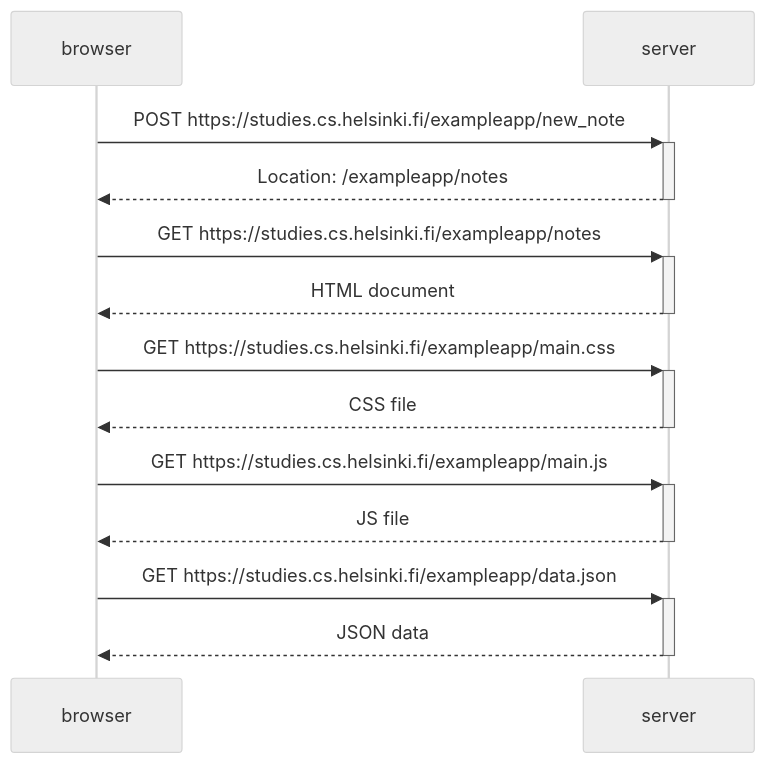
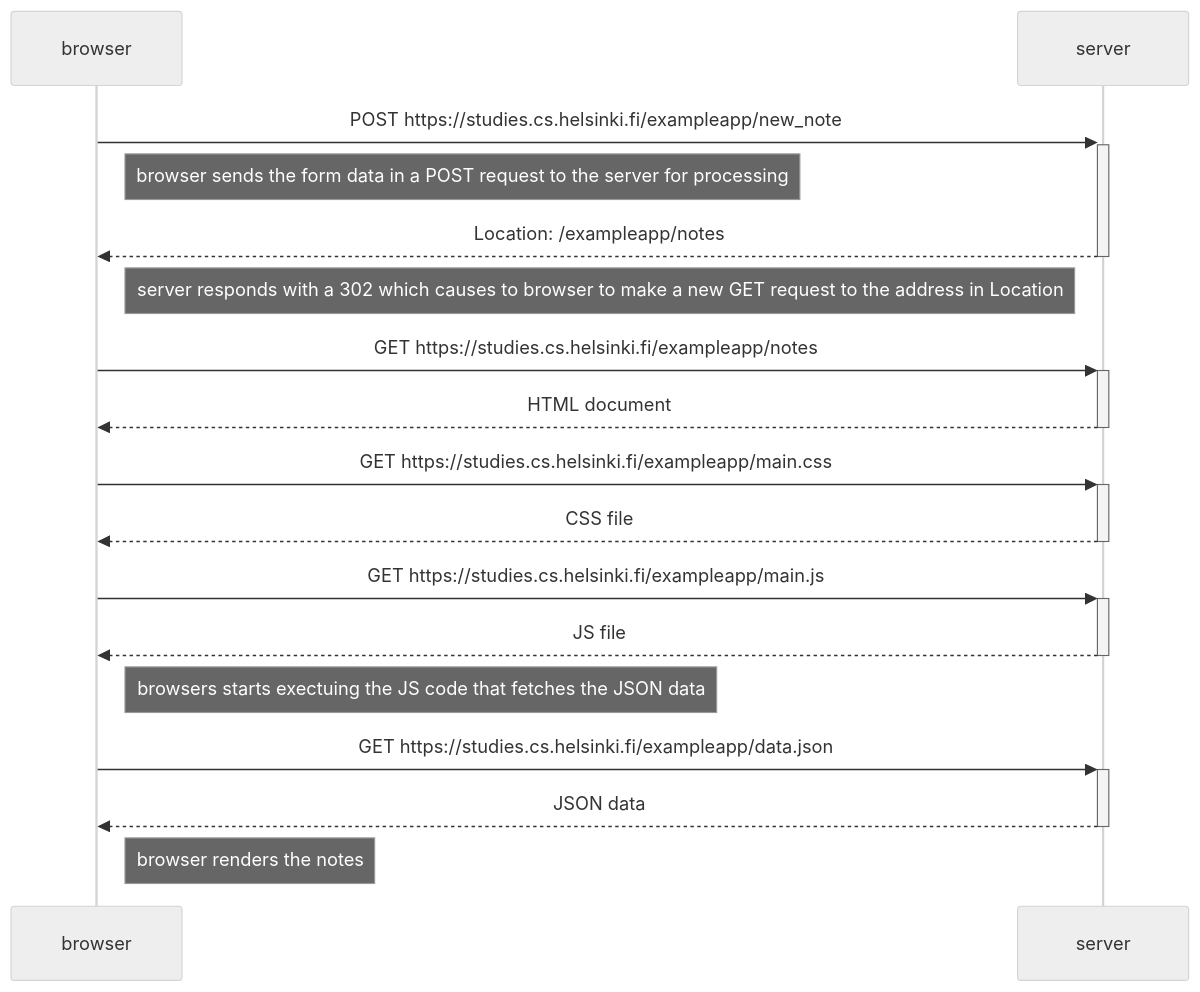
Before and after one commit to fermentedtofu/fsopen: the diagram in part0/0.4.md, drawn with Mermaid (neutral theme).

Commit message:
added notes

````diff
--- a/part0/0.4.md
+++ b/part0/0.4.md
@@ -1,20 +1,24 @@
 ```mermaid
 sequenceDiagram
     participant browser
     participant server
 
     browser->>+server: POST https://studies.cs.helsinki.fi/exampleapp/new_note
+    Note right of browser: browser sends the form data in a POST request to the server for processing
     server-->>-browser: Location: /exampleapp/notes
+    Note right of browser: server responds with a 302 which causes to browser to make a new GET request to the address in Location
 
     browser->>+server: GET https://studies.cs.helsinki.fi/exampleapp/notes
     server-->>-browser: HTML document
 
     browser->>+server: GET https://studies.cs.helsinki.fi/exampleapp/main.css
     server-->>-browser: CSS file
 
     browser->>+server: GET https://studies.cs.helsinki.fi/exampleapp/main.js
     server-->>-browser: JS file
+    Note right of browser: browsers starts exectuing the JS code that fetches the JSON data
 
     browser->>+server: GET https://studies.cs.helsinki.fi/exampleapp/data.json
     server-->>-browser: JSON data
+    Note right of browser: browser renders the notes
 ```
````
